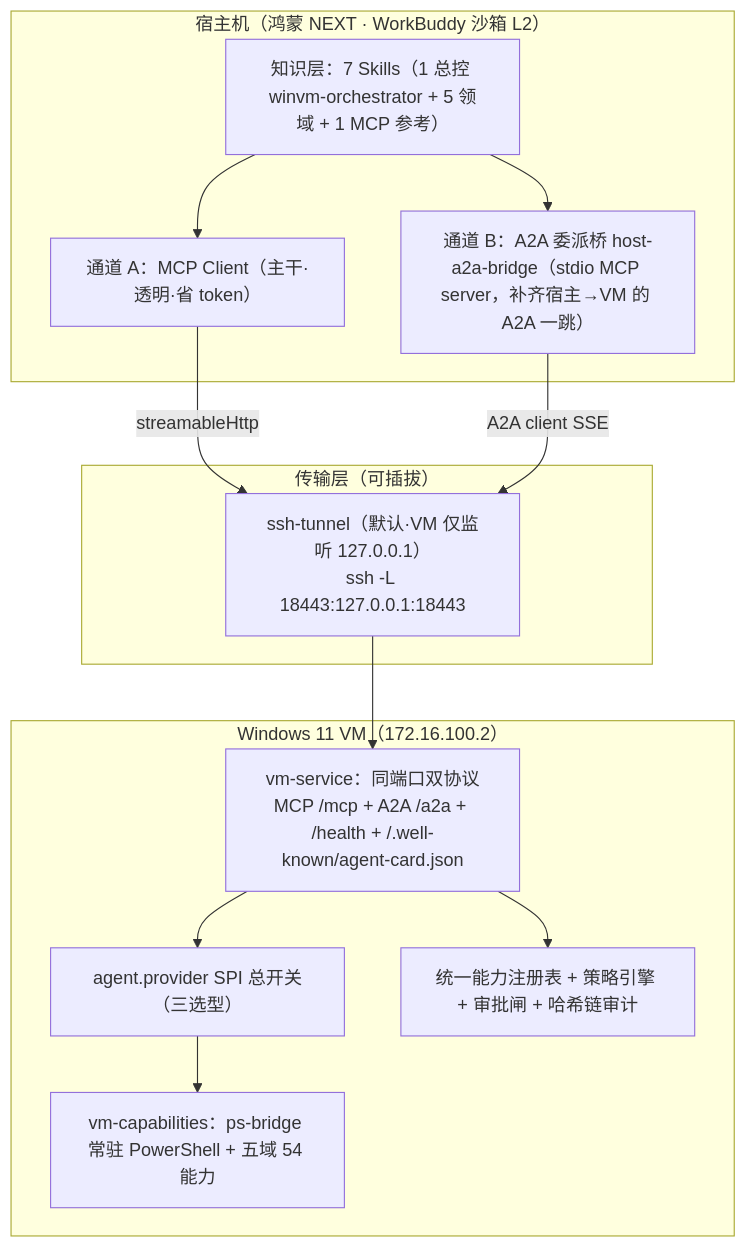
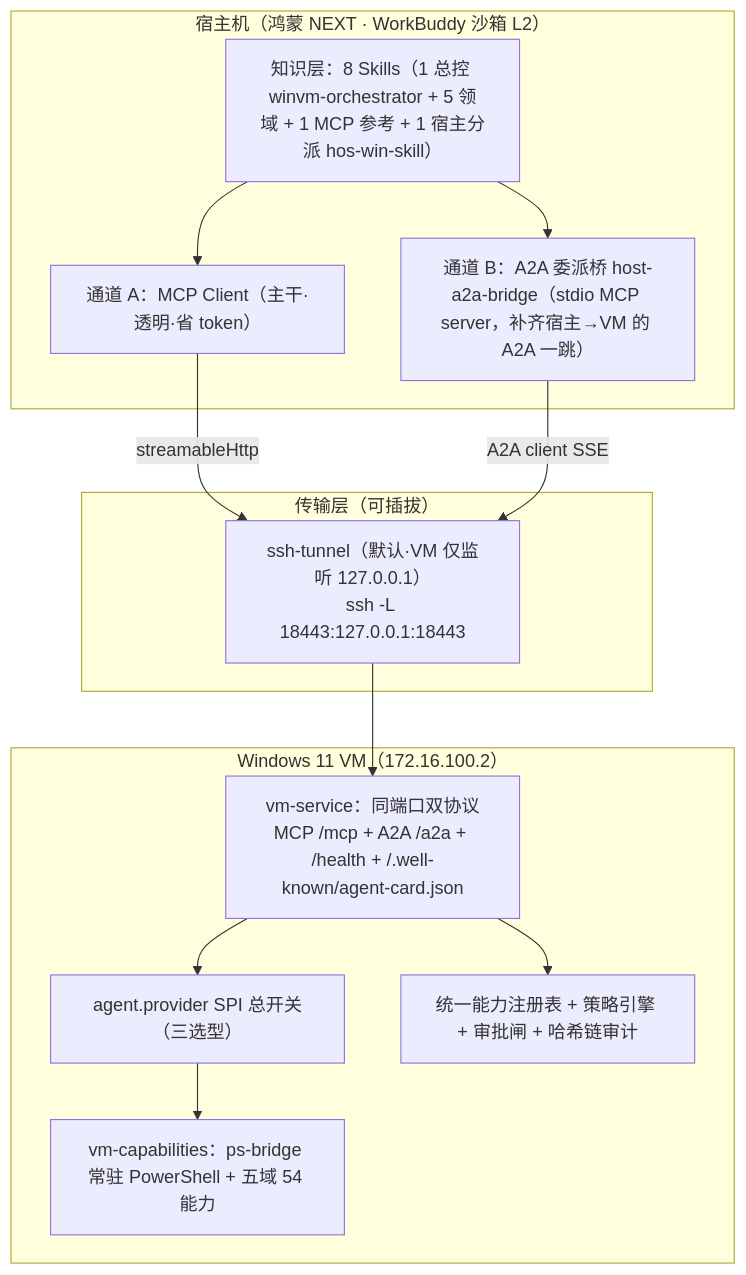
The first of 2 diagrams in docs/部署与运行机制及配置总览.md (athronix/workbuddy-virtual-win-plugin), drawn with Mermaid before and after one commit. The commit also changed other lines of this file and 6 other files, not shown here.

````diff
--- a/docs/部署与运行机制及配置总览.md
+++ b/docs/部署与运行机制及配置总览.md
@@ -25,24 +25,24 @@
 ```mermaid
 flowchart TB
   subgraph HOST["宿主机（鸿蒙 NEXT · WorkBuddy 沙箱 L2）"]
-    SK["知识层：7 Skills（1 总控 winvm-orchestrator + 5 领域 + 1 MCP 参考）"]
+    SK["知识层：8 Skills（1 总控 winvm-orchestrator + 5 领域 + 1 MCP 参考 + 1 宿主分派 hos-win-skill）"]
     CA["通道 A：MCP Client（主干·透明·省 token）"]
     CB["通道 B：A2A 委派桥 host-a2a-bridge（stdio MCP server，补齐宿主→VM 的 A2A 一跳）"]
     SK --> CA
     SK --> CB
   end
   subgraph XFER["传输层（可插拔）"]
     T["ssh-tunnel（默认·VM 仅监听 127.0.0.1）<br/>ssh -L 18443:127.0.0.1:18443"]
   end
   subgraph VM["Windows 11 VM（172.16.100.2）"]
     VS["vm-service：同端口双协议<br/>MCP /mcp + A2A /a2a + /health + /.well-known/agent-card.json"]
     PR["agent.provider SPI 总开关（三选型）"]
     CAP["vm-capabilities：ps-bridge 常驻 PowerShell + 五域 54 能力"]
     AUD["统一能力注册表 + 策略引擎 + 审批闸 + 哈希链审计"]
     VS --> PR --> CAP
     VS --> AUD
   end
   CA -->|streamableHttp| T
   CB -->|A2A client SSE| T
   T --> VS
 ```
````
